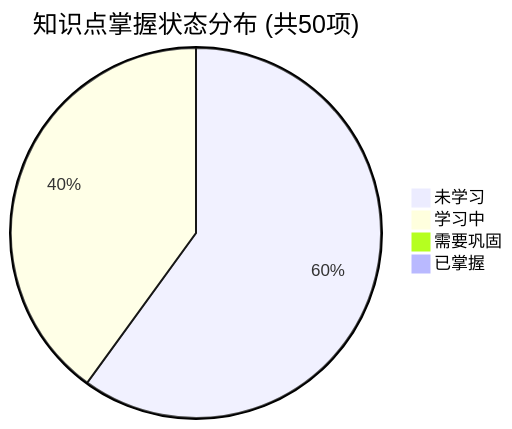
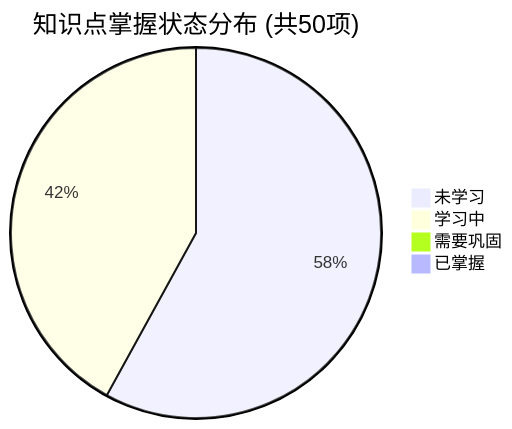
The first of 2 diagrams in PROGRESS.md (tieke1121/tech-interview-knowledge-base), drawn with Mermaid before and after one commit. The commit also changed other lines of this file and 1 other file, not shown here.

````diff
--- a/PROGRESS.md
+++ b/PROGRESS.md
@@ -23,7 +23,7 @@
 ```mermaid
 pie title 知识点掌握状态分布 (共50项)
-    "未学习" : 30
-    "学习中" : 20
+    "未学习" : 29
+    "学习中" : 21
     "需要巩固" : 0
     "已掌握" : 0
 ```
````
